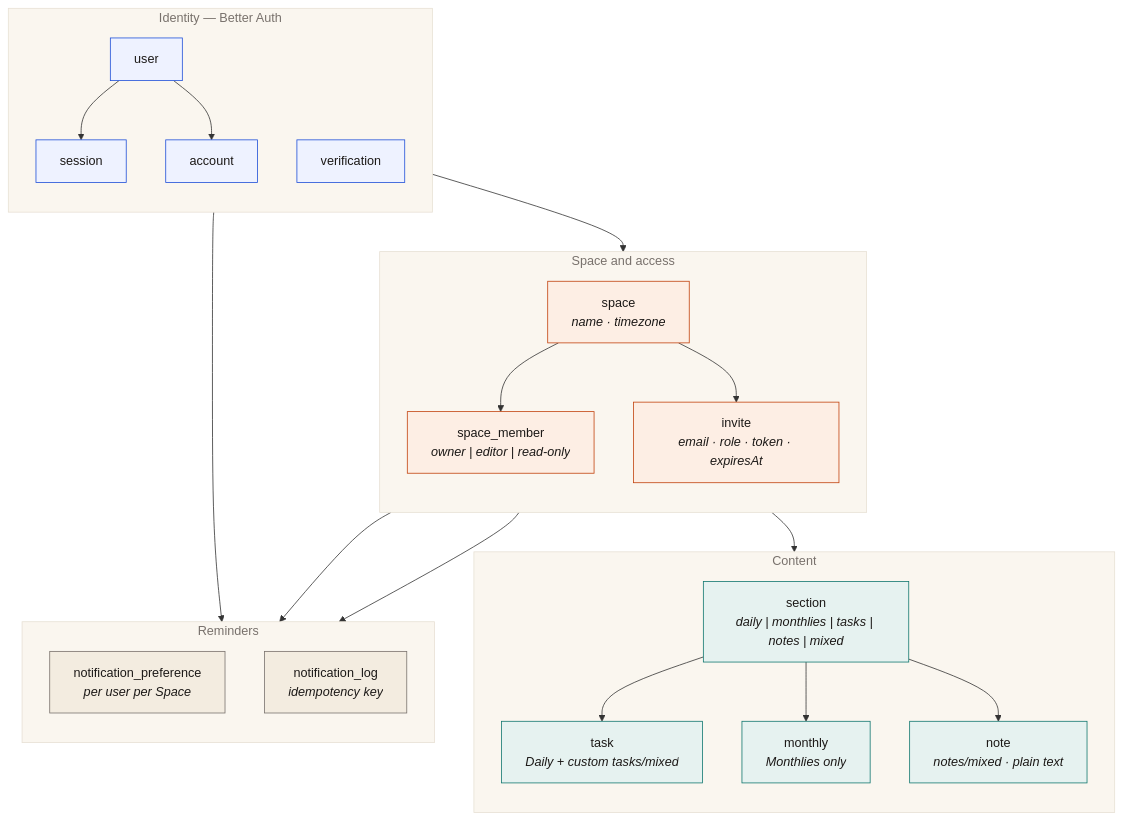
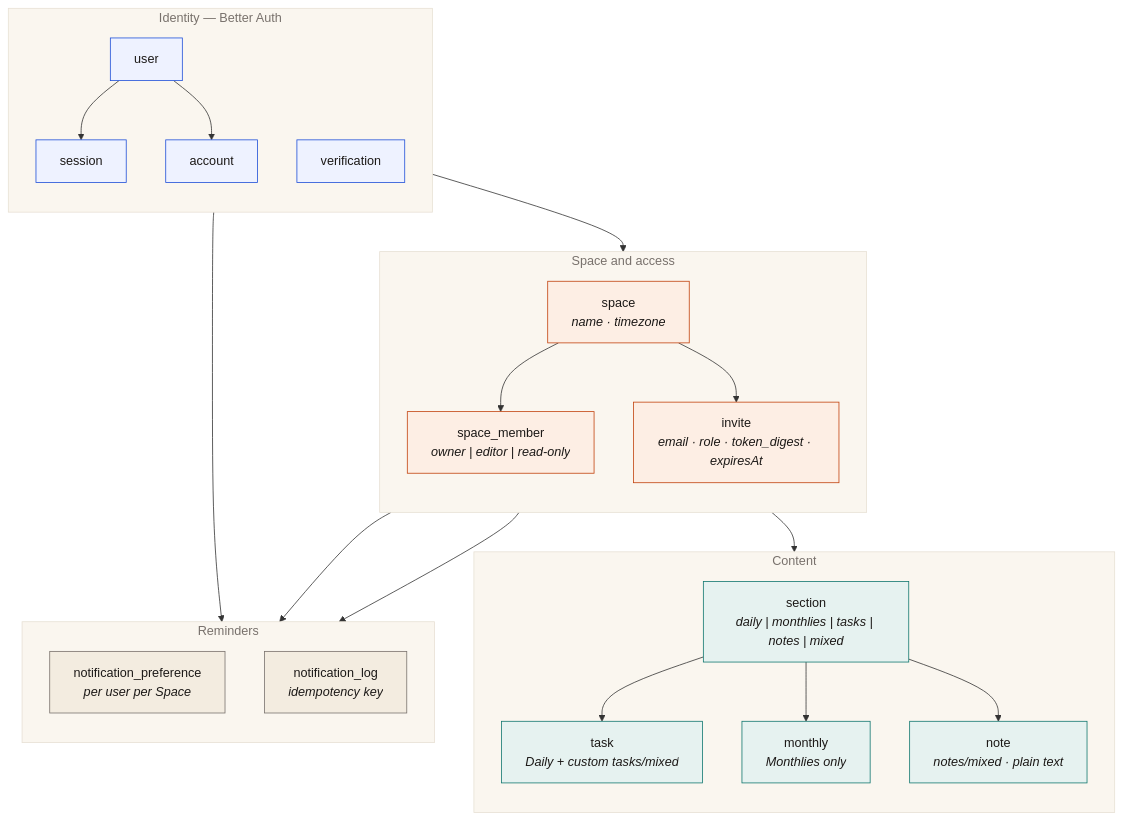
One commit to JonTrader/Orbit changed the first of 3 diagrams in docs/data-model.md. Above: the diagram before and after it, drawn with Mermaid. The commit also changed other lines of this file and 5 other files, not shown here.

````diff
--- a/docs/data-model.md
+++ b/docs/data-model.md
@@ -9,59 +9,59 @@
 ```mermaid
 flowchart TB
   subgraph AUTH["Identity — Better Auth"]
     direction TB
     U["user"]
     SE["session"]
     AC["account"]
     VE["verification"]
   end
 
   subgraph ACCESS["Space and access"]
     direction TB
     SP["space<br/><i>name · timezone</i>"]
     SM["space_member<br/><i>owner | editor | read-only</i>"]
-    IN["invite<br/><i>email · role · token · expiresAt</i>"]
+    IN["invite<br/><i>email · role · token_digest · expiresAt</i>"]
   end
 
   subgraph CONTENT["Content"]
     direction TB
     SC["section<br/><i>daily | monthlies | tasks | notes | mixed</i>"]
     TK["task<br/><i>Daily + custom tasks/mixed</i>"]
     MO["monthly<br/><i>Monthlies only</i>"]
     NO["note<br/><i>notes/mixed · plain text</i>"]
   end
 
   subgraph NOTIFY["Reminders"]
     direction TB
     NP["notification_preference<br/><i>per user per Space</i>"]
     NL["notification_log<br/><i>idempotency key</i>"]
   end
 
   U --> SE
   U --> AC
   U --> SM
   SP --> SM
   SP --> IN
   SP --> SC
   SC --> TK
   SC --> MO
   SC --> NO
   U --> NP
   SP --> NP
   SP --> NL
 
   classDef auth fill:#eef2ff,stroke:#1d4ed8,stroke-width:1px,color:#1c1917
   classDef access fill:#fdeee4,stroke:#c2410c,stroke-width:1px,color:#1c1917
   classDef content fill:#e6f2f0,stroke:#0f766e,stroke-width:1px,color:#1c1917
   classDef notify fill:#f3ece0,stroke:#78716c,stroke-width:1px,color:#1c1917
 
   class U,SE,AC,VE auth
   class SP,SM,IN access
   class SC,TK,MO,NO content
   class NP,NL notify
 
   style AUTH fill:#faf6ef,stroke:#e7e0d4,color:#78716c
   style ACCESS fill:#faf6ef,stroke:#e7e0d4,color:#78716c
   style CONTENT fill:#faf6ef,stroke:#e7e0d4,color:#78716c
   style NOTIFY fill:#faf6ef,stroke:#e7e0d4,color:#78716c
 ```
````
